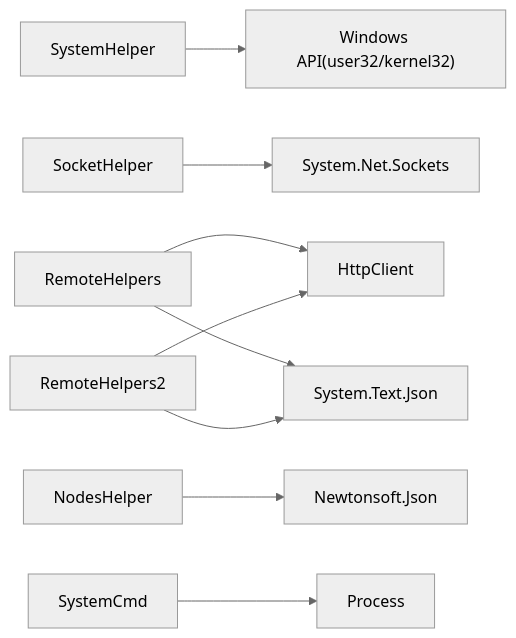
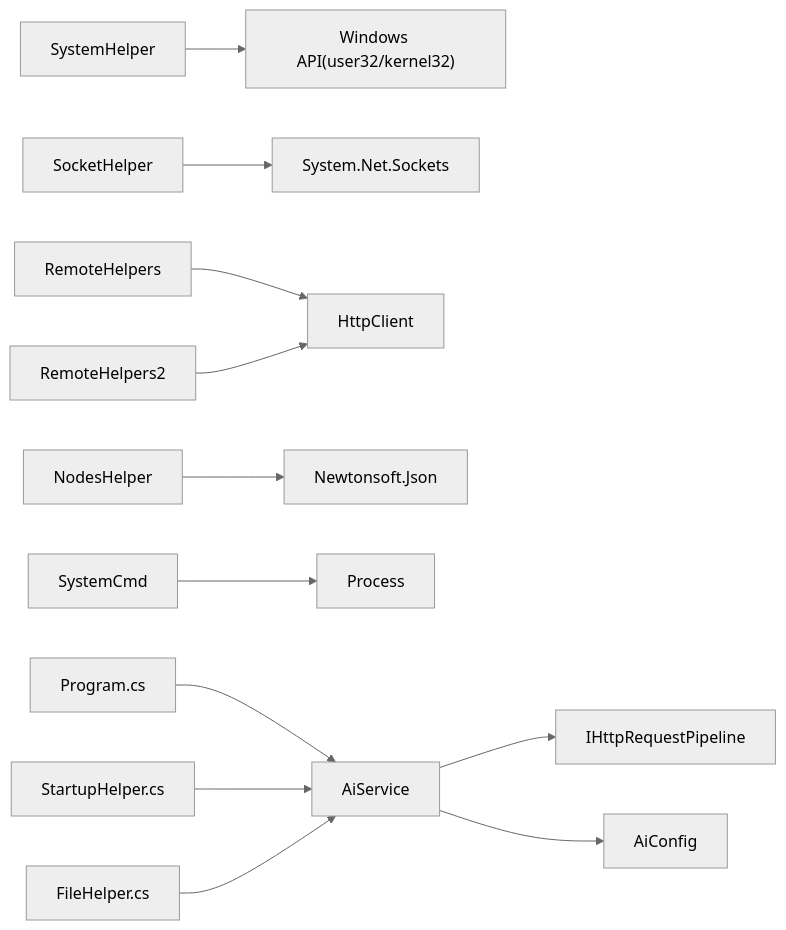
Before and after one commit to Sosososolong/AirGo: the tenth of 10 diagrams in .qoder/repowiki/zh/content/工具库详解/系统和网络助手.md, drawn with Mermaid (neutral theme). The commit also changed other lines of this file and 12 other files, not shown here.

````diff
--- a/.qoder/repowiki/zh/content/工具库详解/系统和网络助手.md
+++ b/.qoder/repowiki/zh/content/工具库详解/系统和网络助手.md
@@ -438,11 +522,14 @@
 ```mermaid
 graph LR
 SH["SystemHelper"] --> Win["Windows API(user32/kernel32)"]
 SK["SocketHelper"] --> Net["System.Net.Sockets"]
 RH["RemoteHelpers"] --> Http["HttpClient"]
 RH2["RemoteHelpers2"] --> Http
-RH --> Json["System.Text.Json"]
-RH2 --> Json
 NH["NodesHelper"] --> NJ["Newtonsoft.Json"]
 CMD["SystemCmd"] --> Proc["Process"]
+AIS["AiService"] --> Pipeline["IHttpRequestPipeline"]
+AIS --> AIC["AiConfig"]
+PRG["Program.cs"] --> AIS
+SUH["StartupHelper.cs"] --> AIS
+FH["FileHelper.cs"] --> AIS
 ```
````
